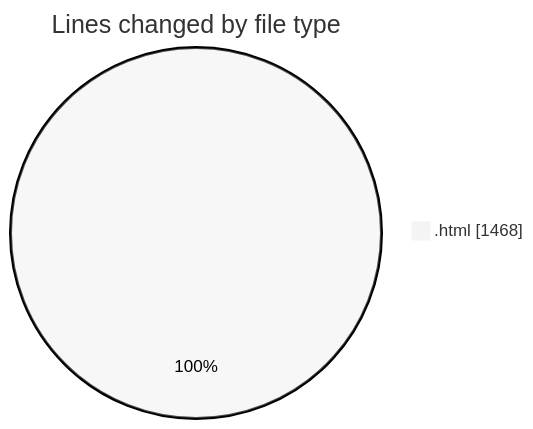
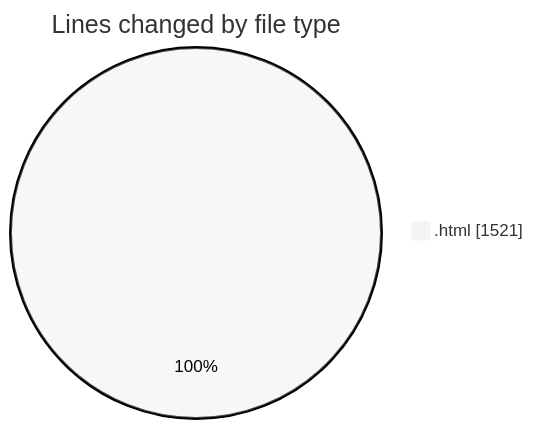
The first of 2 diagrams in 2025-08-20/www/README.md (vahidmafi/code-tracking), drawn with Mermaid (neutral theme) before and after one commit. The commit also changed other lines of this file and 1 other file, not shown here.

````diff
--- a/2025-08-20/www/README.md
+++ b/2025-08-20/www/README.md
@@ -22,5 +22,5 @@
 ```mermaid
 pie showData
 title Lines changed by file type
-".html" : 1468
+".html" : 1521
 ```
````
